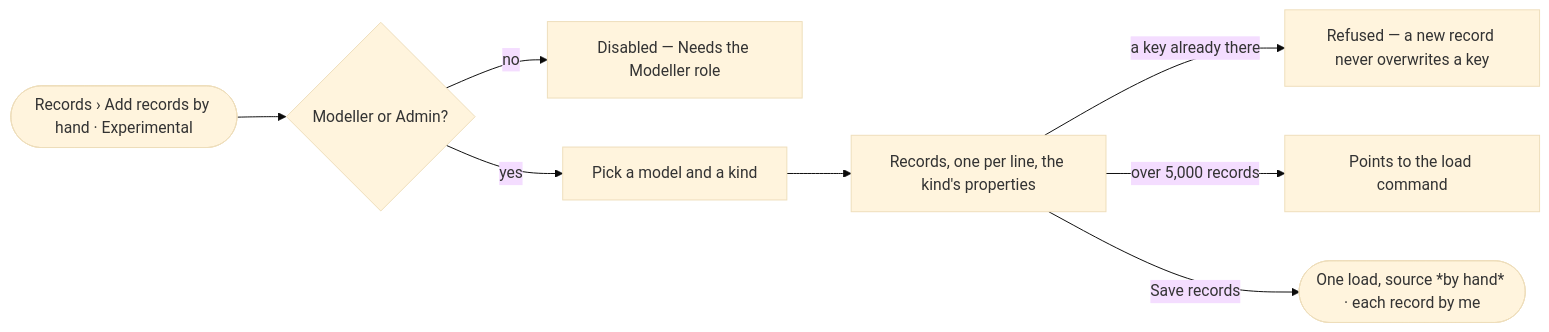
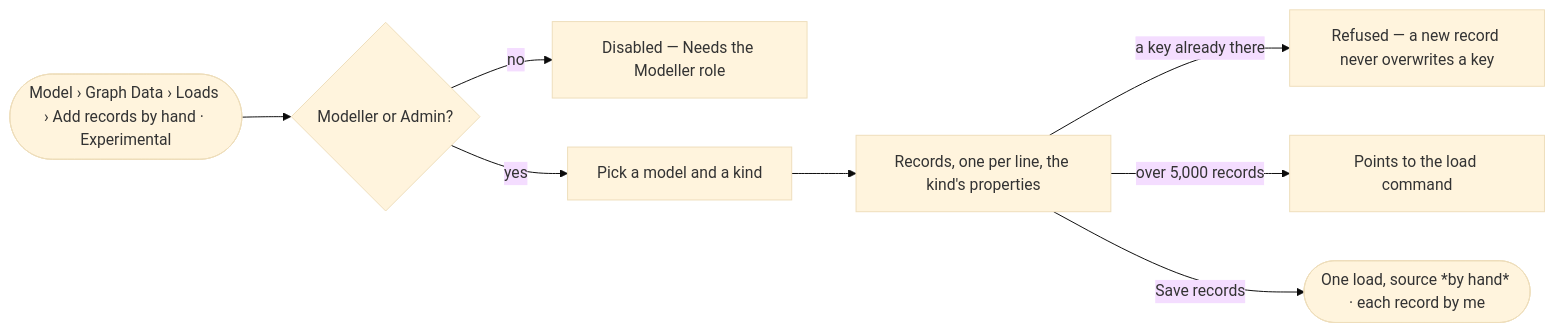
Before and after one commit to invana/invana: the diagram in specs/capabilities/records/features/RC-F02-bring-records-in/stories/RC-11-add-a-few-records-by-hand/story.md, drawn with Mermaid (base theme). The commit also changed other lines of this file and 133 other files, not shown here.

````diff
--- a/specs/capabilities/records/features/RC-F02-bring-records-in/stories/RC-11-add-a-few-records-by-hand/story.md
+++ b/specs/capabilities/records/features/RC-F02-bring-records-in/stories/RC-11-add-a-few-records-by-hand/story.md
@@ -28,10 +28,10 @@
 ```mermaid
 flowchart LR
-  a([Records › Add records by hand · Experimental]) --> g{Modeller or Admin?}
+  a([Model › Graph Data › Loads › Add records by hand · Experimental]) --> g{Modeller or Admin?}
   g -->|no| na["Disabled — Needs the Modeller role"]
   g -->|yes| k["Pick a model and a kind"]
   k --> rows["Records, one per line, the kind's properties"]
   rows -->|a key already there| kx["Refused — a new record never overwrites a key"]
   rows -->|over 5,000 records| big["Points to the load command"]
   rows -->|Save records| ok(["One load, source *by hand* · each record by me"])
 ```
````
